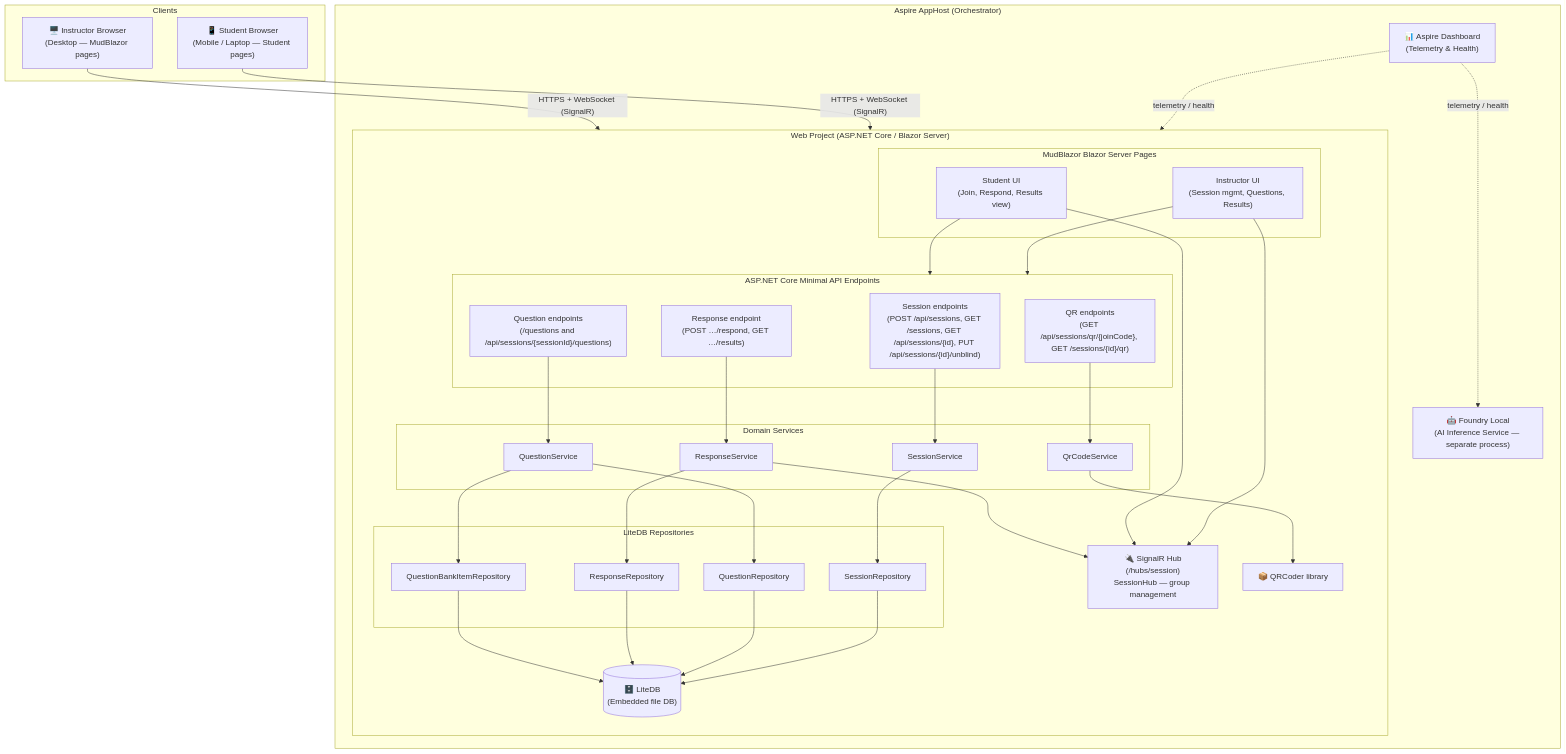
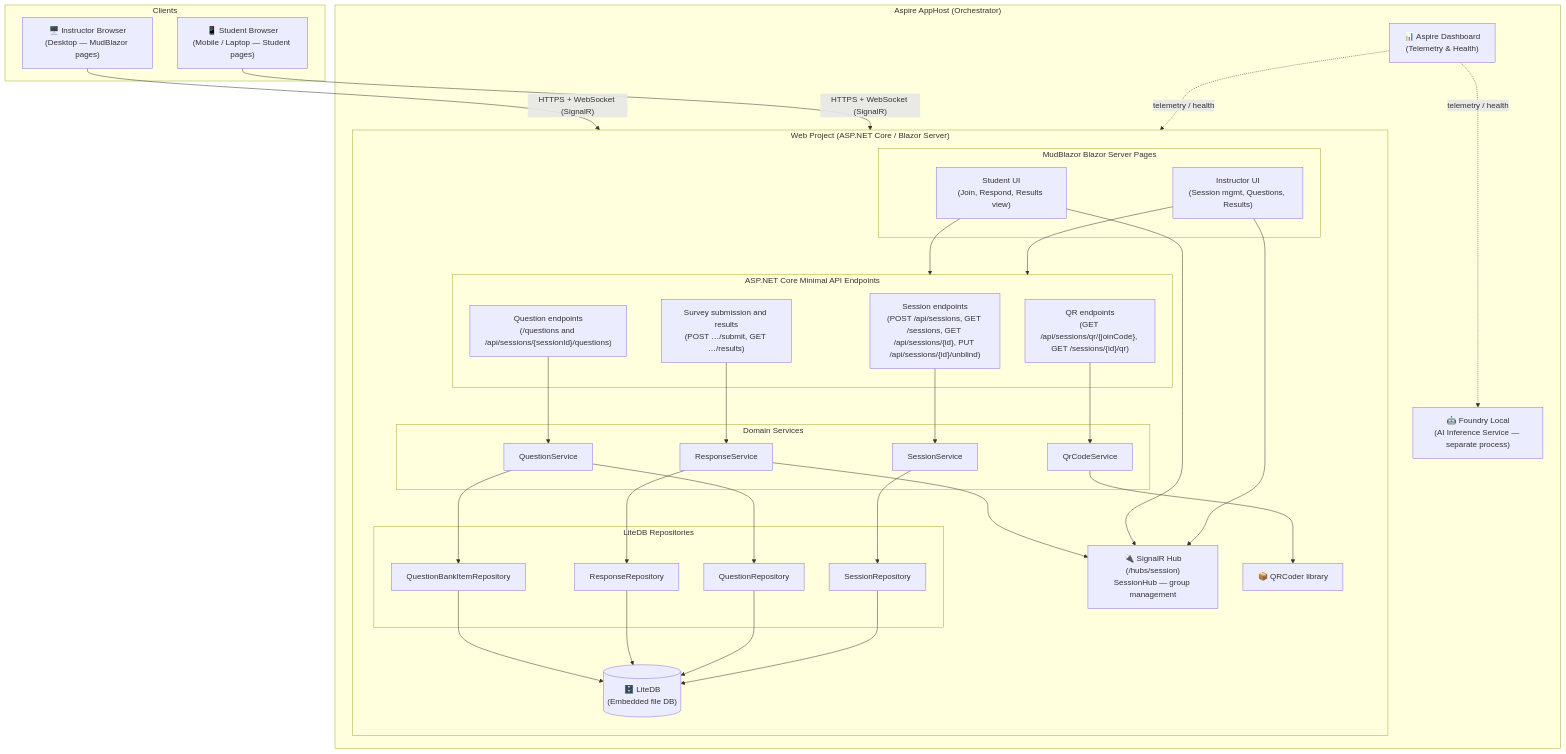
The first of 3 diagrams in docs/architecture.md (ECU-Pirate-Forge/pulse-2.0), drawn with Mermaid before and after one commit. The commit also changed other lines of this file and 14 other files, not shown here.

```diff
--- a/docs/architecture.md
+++ b/docs/architecture.md
@@ -27,7 +27,7 @@
             subgraph API["ASP.NET Core Minimal API Endpoints"]
                 SessionAPI["Session endpoints\n(POST /api/sessions, GET /sessions, GET /api/sessions/{id}, PUT /api/sessions/{id}/unblind)"]
                 QuestionAPI["Question endpoints\n(/questions and /api/sessions/{sessionId}/questions)"]
-                ResponseAPI["Response endpoint\n(POST …/respond, GET …/results)"]
+                ResponseAPI["Survey submission and results\n(POST …/submit, GET …/results)"]
                 QrAPI["QR endpoints\n(GET /api/sessions/qr/{joinCode}, GET /sessions/{id}/qr)"]
             end
 
```
